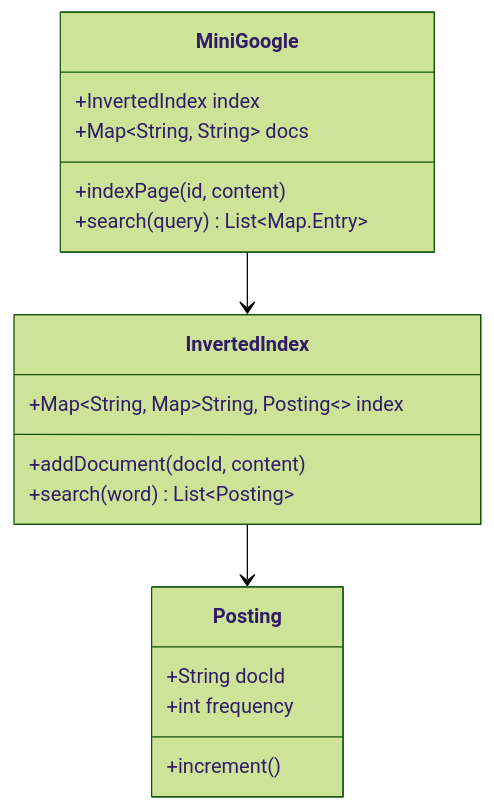
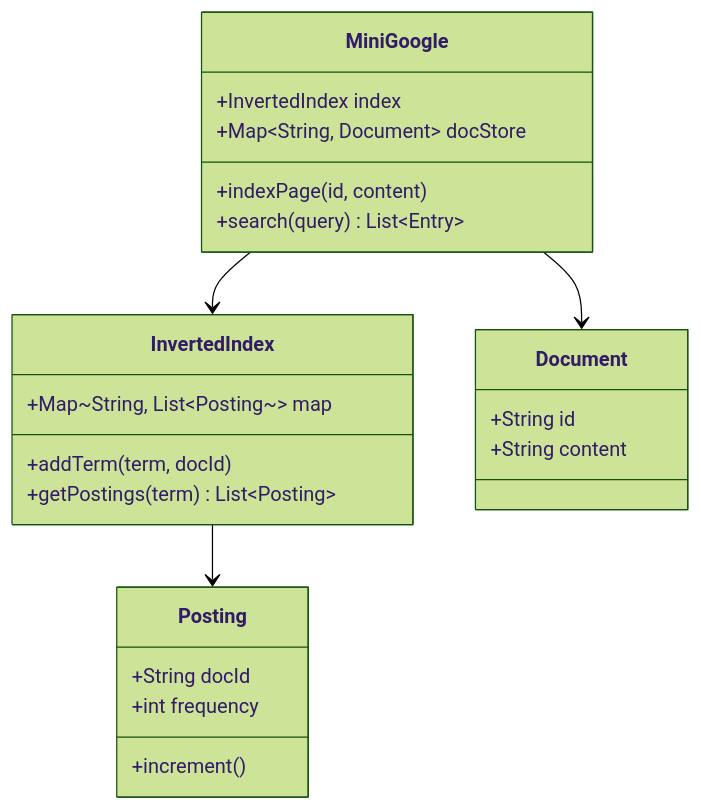
The diagram in lld-problems/problems/17-design-search-engine.md (nishchalnishant/SystemDesign), drawn with Mermaid (forest theme) before and after one commit. The commit also changed other lines of this file and 22 other files, not shown here.

````diff
--- a/lld-problems/problems/17-design-search-engine.md
+++ b/lld-problems/problems/17-design-search-engine.md
@@ -26,24 +60,30 @@
 ```mermaid
 classDiagram
     class MiniGoogle {
         +InvertedIndex index
-        +Map~String, String~ docs
+        +Map~String, Document~ docStore
         +indexPage(id, content)
-        +search(query) List~Map.Entry~
+        +search(query) List~Entry~
     }
 
     class InvertedIndex {
-        +Map~String, Map~String, Posting~~ index
-        +addDocument(docId, content)
-        +search(word) List~Posting~
+        +Map~String, List~Posting~~ map
+        +addTerm(term, docId)
+        +getPostings(term) List~Posting~
     }
 
     class Posting {
         +String docId
         +int frequency
         +increment()
     }
+    
+    class Document {
+        +String id
+        +String content
+    }
 
     MiniGoogle --> InvertedIndex
+    MiniGoogle --> Document
     InvertedIndex --> Posting
 ```
````
